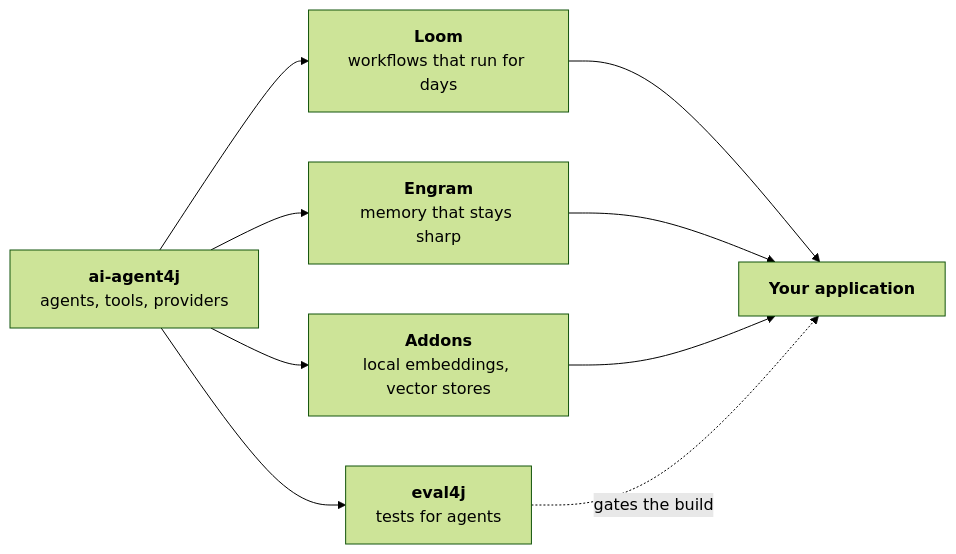
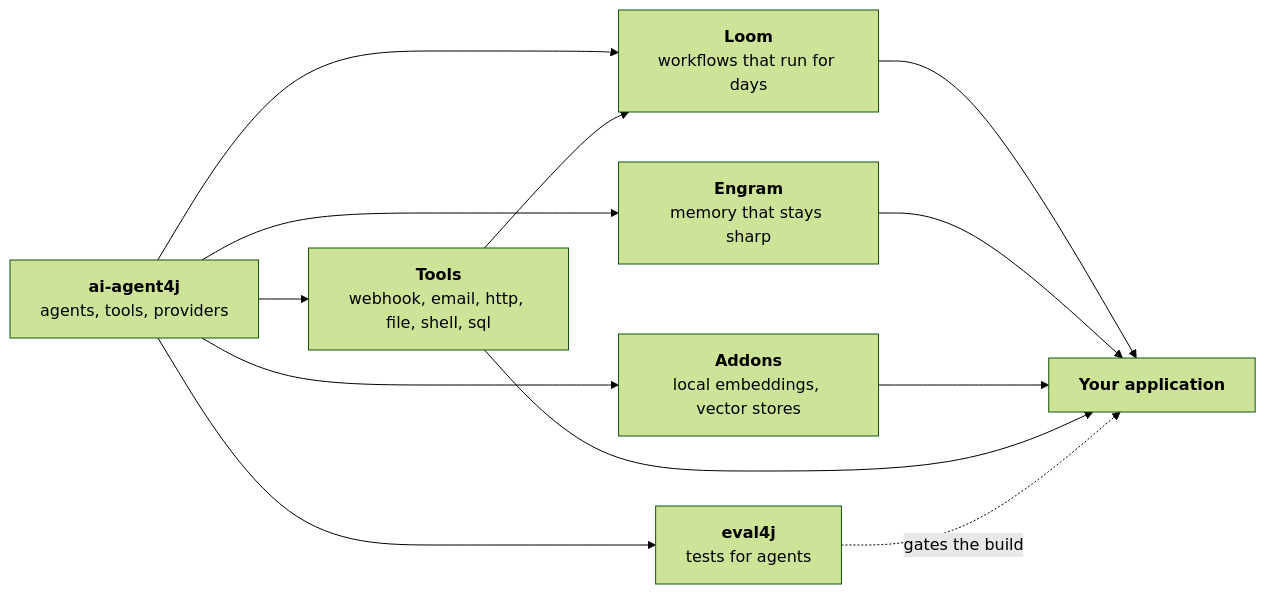
One commit to srijithunni7182/llm4j changed the diagram in README.md. Above: the diagram before and after it, drawn with Mermaid (forest theme). The commit also changed other lines of this file and 60 other files, not shown here.

````diff
--- a/README.md
+++ b/README.md
@@ -120,11 +120,14 @@
 ```mermaid
 flowchart LR
     A["<b>ai-agent4j</b><br/>agents, tools, providers"] --> L["<b>Loom</b><br/>workflows that run for days"]
     A --> E["<b>Engram</b><br/>memory that stays sharp"]
     A --> X["<b>Addons</b><br/>local embeddings, vector stores"]
+    A --> T["<b>Tools</b><br/>webhook, email, http, file, shell, sql"]
     A --> V["<b>eval4j</b><br/>tests for agents"]
     L --> G["<b>Your application</b>"]
     E --> G
     X --> G
+    T --> G
+    T --> L
     V -.->|gates the build| G
 ```
````
